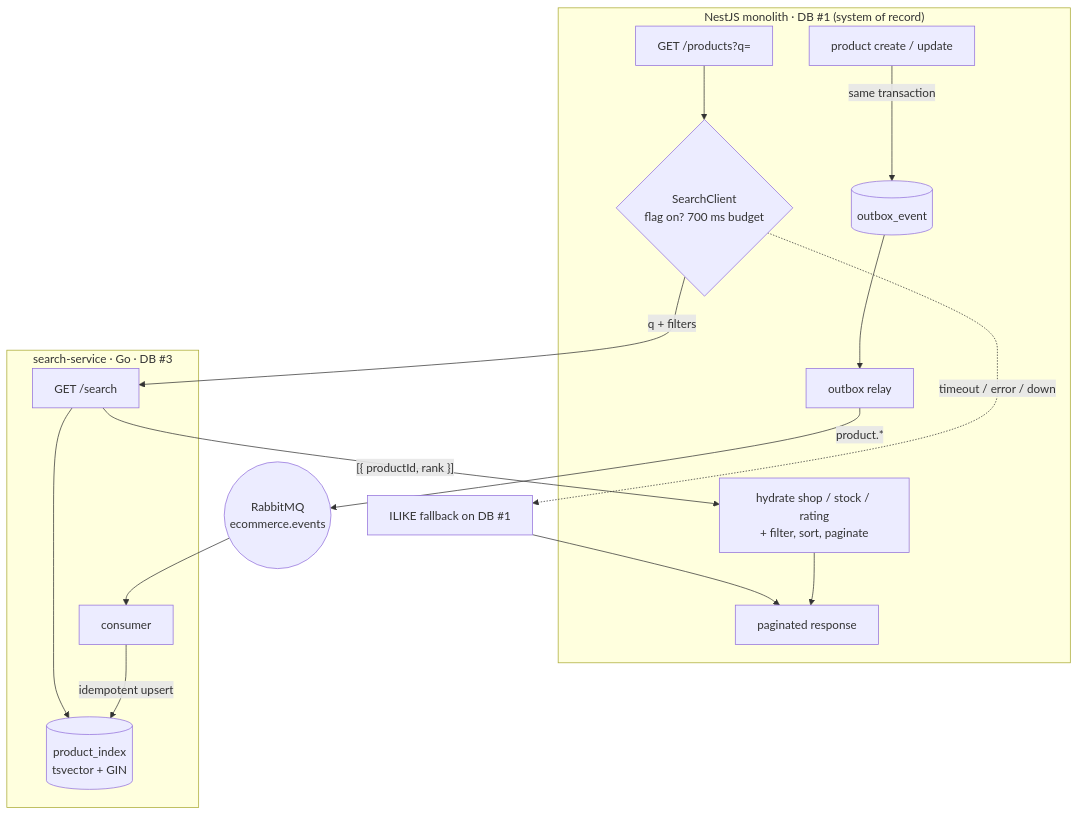
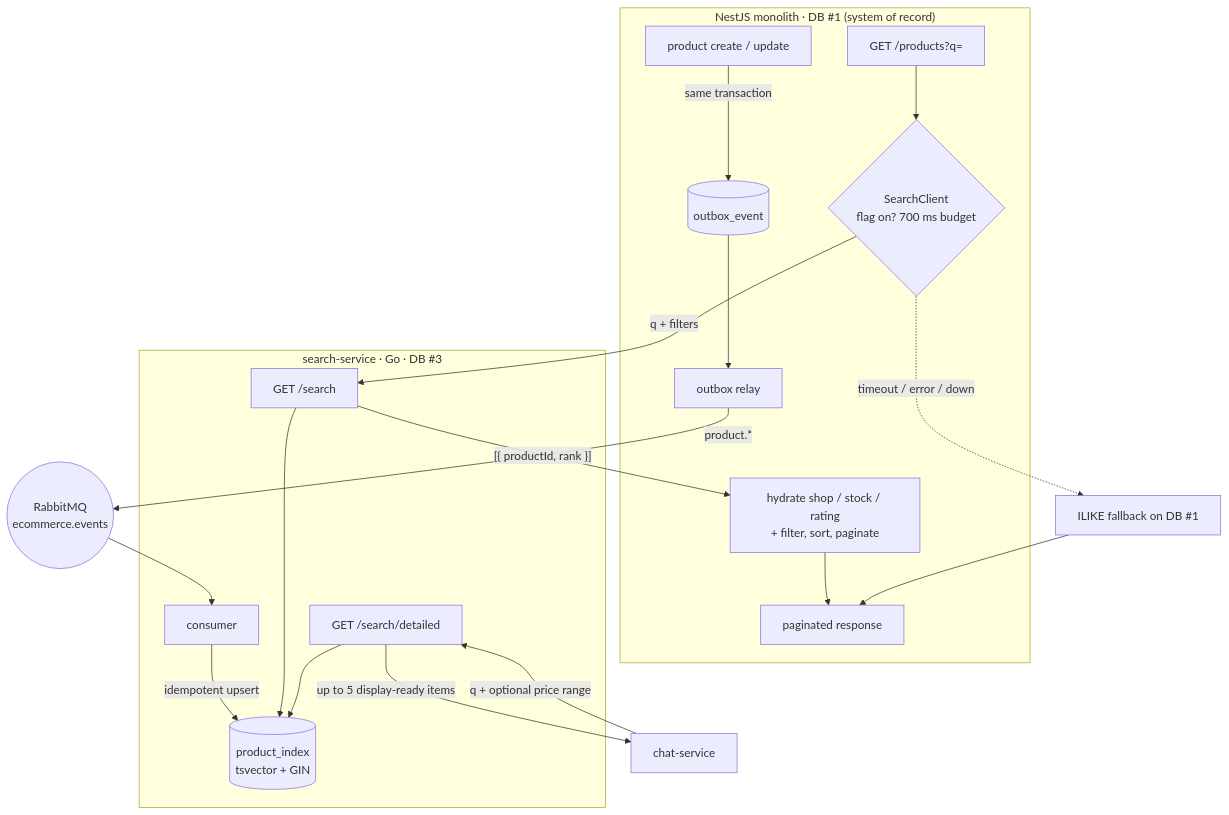
Before and after one commit to chaugiakhang193/fullstack-multi-vendor-ecommerce: the first of 2 diagrams in docs/search-architecture.md, drawn with Mermaid. The commit also changed other lines of this file and 4 other files, not shown here.

First line of the commit message:
529. docs(readme): realign the frozen chat and search docs with the code

````diff
--- a/docs/search-architecture.md
+++ b/docs/search-architecture.md
@@ -13,21 +13,24 @@
 ```mermaid
 flowchart TB
   subgraph MONO["NestJS monolith · DB #1 (system of record)"]
     WR["product create / update"] -->|same transaction| OB[("outbox_event")]
     OB --> RELAY["outbox relay"]
     Q["GET /products?q="] --> SC{"SearchClient<br/>flag on? 700 ms budget"}
     HYD["hydrate shop / stock / rating<br/>+ filter, sort, paginate"] --> RESP["paginated response"]
   end
 
   RELAY -->|"product.*"| EX(("RabbitMQ<br/>ecommerce.events"))
   EX --> CONS["consumer"]
 
   subgraph SRCH["search-service · Go · DB #3"]
     CONS -->|idempotent upsert| IDX[("product_index<br/>tsvector + GIN")]
     API["GET /search"] --> IDX
+    DETAIL["GET /search/detailed"] --> IDX
   end
 
   SC -->|"q + filters"| API
   API -->|"[{ productId, rank }]"| HYD
   SC -.->|timeout / error / down| FB["ILIKE fallback on DB #1"] --> RESP
+  CHAT["chat-service"] -->|"q + optional price range"| DETAIL
+  DETAIL -->|"up to 5 display-ready items"| CHAT
 ```
````
